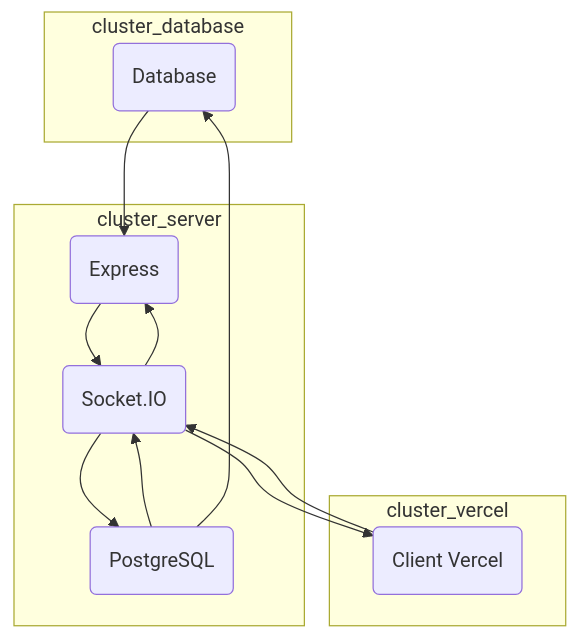
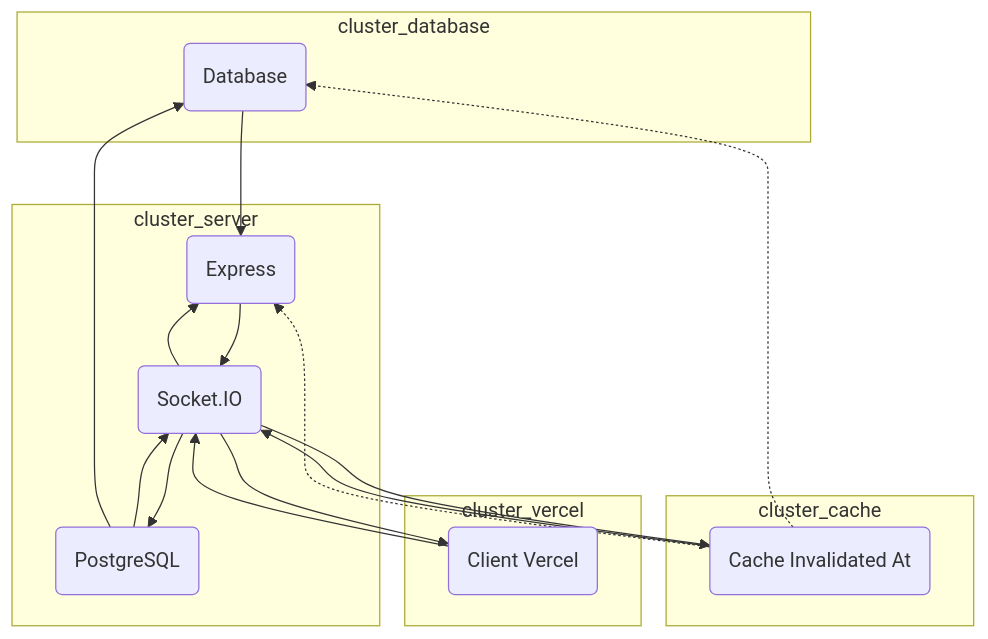
The diagram in postgres_caching_vercel.md (LuigiClemente/cube_zammad), drawn with Mermaid before and after one commit. The commit also changed other lines of this file, not shown here.

````diff
--- a/postgres_caching_vercel.md
+++ b/postgres_caching_vercel.md
@@ -1,27 +1,37 @@
 ```mermaid
 flowchart TD
 
 subgraph cluster_database
   database(Database)
 end
 
 subgraph cluster_server
   express(Express)
   socketIo(Socket.IO)
   pgClient(PostgreSQL)
 end
 
 subgraph cluster_vercel
   clientVercel(Client Vercel)
 end
 
+subgraph cluster_cache
+  cacheInvalidatedAt(Cache Invalidated At)
+end
+
 database --> express
 express --> socketIo
 socketIo --> pgClient
 pgClient --> socketIo
 socketIo --> express
 pgClient --> database
 
 clientVercel --> socketIo
 socketIo --> clientVercel
+
+cacheInvalidatedAt --> socketIo
+socketIo --> cacheInvalidatedAt
+
+cacheInvalidatedAt -.-> express
+cacheInvalidatedAt -.-> database
 ```
````
